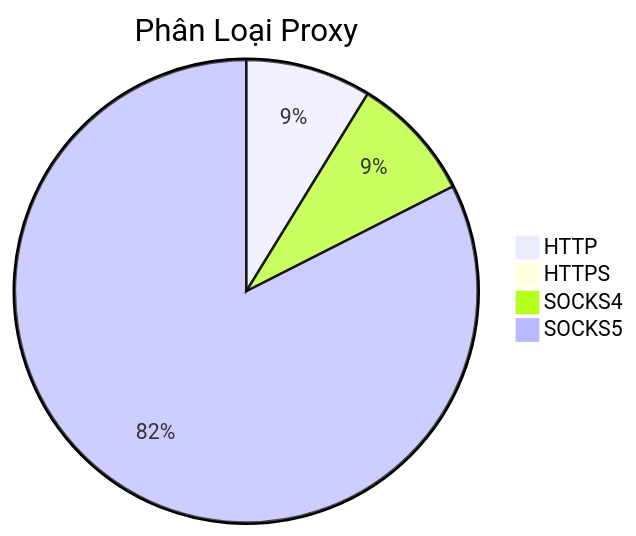
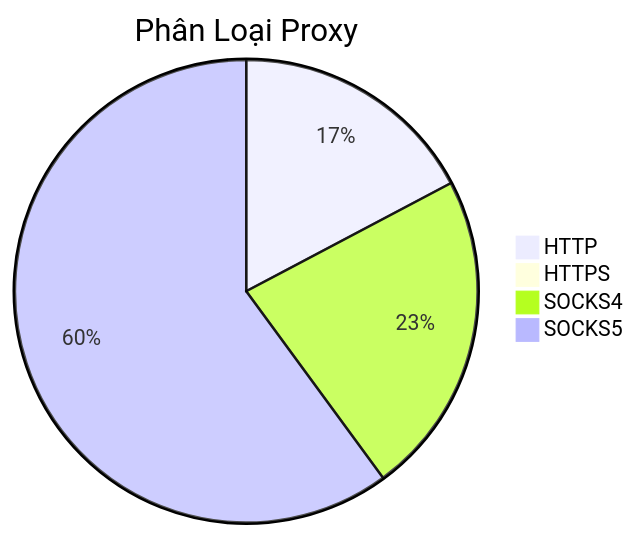
Before and after one commit to Ciara-Aa/PROXY-free: the diagram in README.md, drawn with Mermaid. The commit also changed other lines of this file and 4 other files, not shown here.

````diff
--- a/README.md
+++ b/README.md
@@ -26,7 +26,7 @@
 ```mermaid
 pie title Phân Loại Proxy
-    "HTTP" : 312
-    "HTTPS" : 1
-    "SOCKS4" : 311
-    "SOCKS5" : 2932
+    "HTTP" : 259
+    "HTTPS" : 2
+    "SOCKS4" : 340
+    "SOCKS5" : 901
 ```
````
